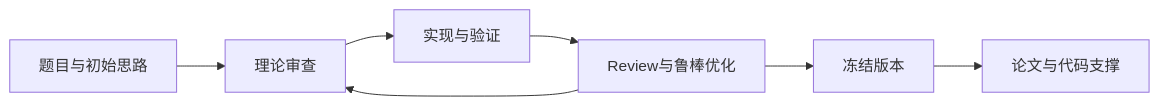
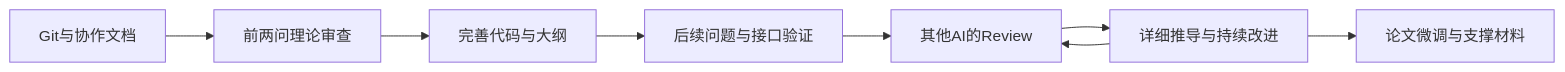
One commit to sakur7a/cumcm-modeling-skills changed the diagram in README.md. Above: the diagram before and after it, drawn with Mermaid. The commit also changed other lines of this file and 6 other files, not shown here.

````diff
--- a/README.md
+++ b/README.md
@@ -83,9 +90,10 @@
 ```mermaid
 flowchart LR
-    A[题目与初始思路] --> B[理论审查]
-    B --> C[实现与验证]
-    C --> D[Review与鲁棒优化]
-    D --> E[冻结版本]
-    E --> F[论文与代码支撑]
-    D --> B
+    A[Git与协作文档] --> B[前两问理论审查]
+    B --> C[完善代码与大纲]
+    C --> D[后续问题与接口验证]
+    D --> E[其他AI的Review]
+    E --> F[详细推导与持续改进]
+    F --> E
+    F --> G[论文微调与支撑材料]
 ```
````
